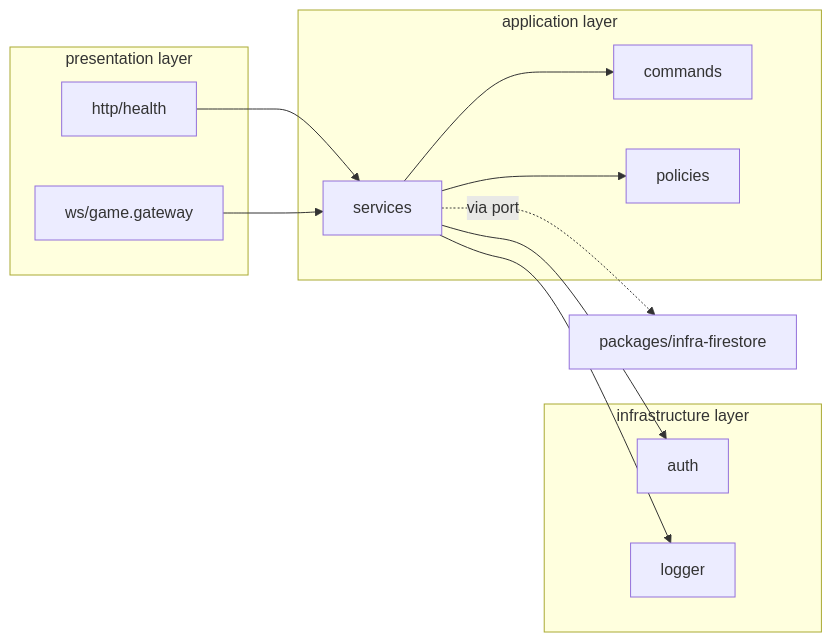
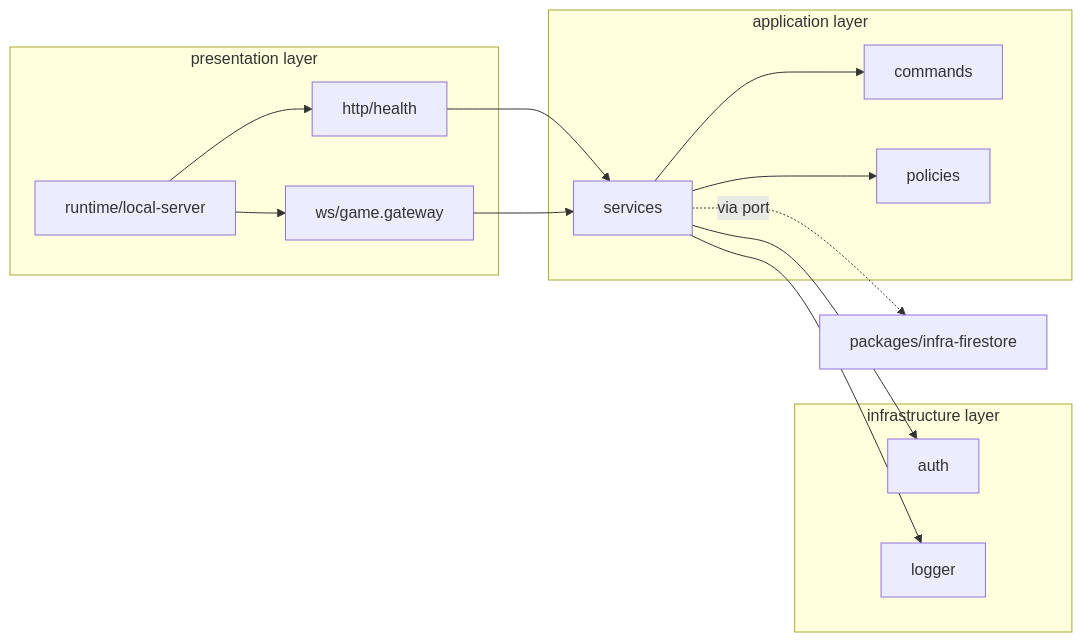
One commit to dydfuf/merchant changed the third of 6 diagrams in docs/implementation-architecture-visualization.md. Above: the diagram before and after it, drawn with Mermaid. The commit also changed other lines of this file and 32 other files, not shown here.

Commit message:
feat: add local in-memory game runtime and smoke workflow

````diff
--- a/docs/implementation-architecture-visualization.md
+++ b/docs/implementation-architecture-visualization.md
@@ -50,26 +50,29 @@
 ```mermaid
 flowchart LR
   subgraph Presentation["presentation layer"]
     HTTP["http/health"]
     WS["ws/game.gateway"]
+    RT["runtime/local-server"]
   end
 
   subgraph Application["application layer"]
     SVC["services"]
     CMD["commands"]
     POL["policies"]
   end
 
   subgraph Infrastructure["infrastructure layer"]
     AUTH["auth"]
     LOG["logger"]
   end
 
   HTTP --> SVC
   WS --> SVC
+  RT --> WS
+  RT --> HTTP
   SVC --> CMD
   SVC --> POL
   SVC --> AUTH
   SVC --> LOG
   SVC -. "via port" .-> EXT["packages/infra-firestore"]
 ```
````
